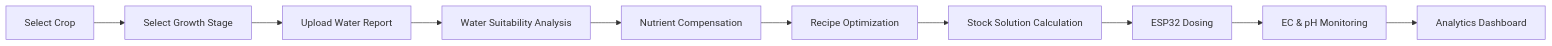
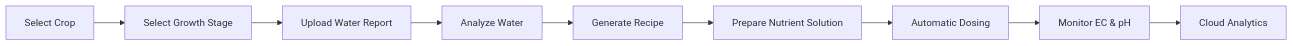
Before and after one commit to SUDEEPMULLAGURI/Hydroponics-nutrition-dosing-system-: the second of 7 diagrams in README.MD, drawn with Mermaid. The commit also changed other lines of this file, not shown here.

````diff
--- a/README.MD
+++ b/README.MD
@@ -137,43 +183,37 @@
 ```mermaid
-
 flowchart LR
 
 A[Select Crop]
 
 -->
 
 B[Select Growth Stage]
 
 -->
 
 C[Upload Water Report]
 
 -->
 
-D[Water Suitability Analysis]
+D[Analyze Water]
 
 -->
 
-E[Nutrient Compensation]
+E[Generate Recipe]
 
 -->
 
-F[Recipe Optimization]
+F[Prepare Nutrient Solution]
 
 -->
 
-G[Stock Solution Calculation]
+G[Automatic Dosing]
 
 -->
 
-H[ESP32 Dosing]
+H[Monitor EC & pH]
 
 -->
 
-I[EC & pH Monitoring]
-
--->
-
-J[Analytics Dashboard]
-
+I[Cloud Analytics]
 ```
````
